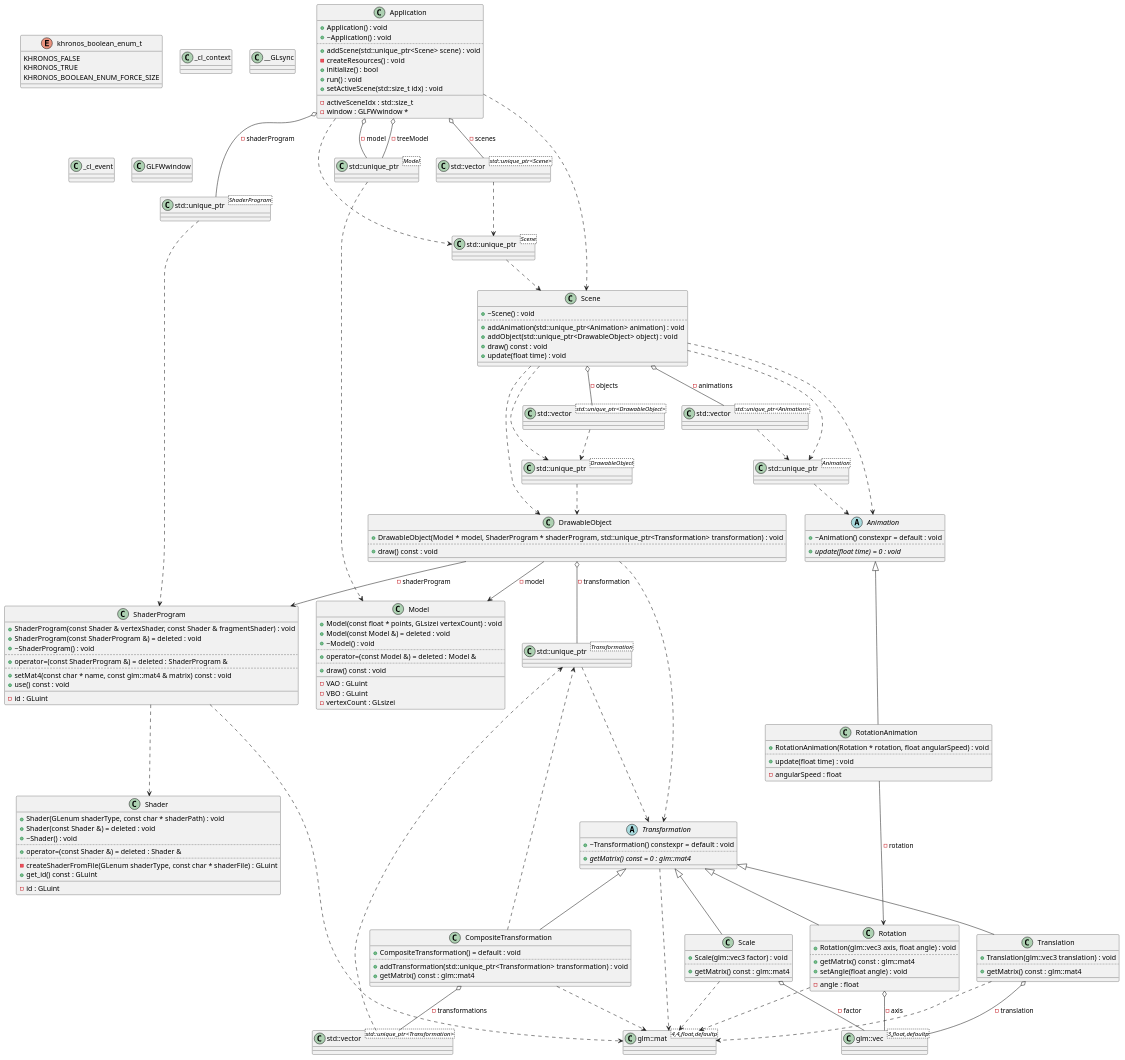
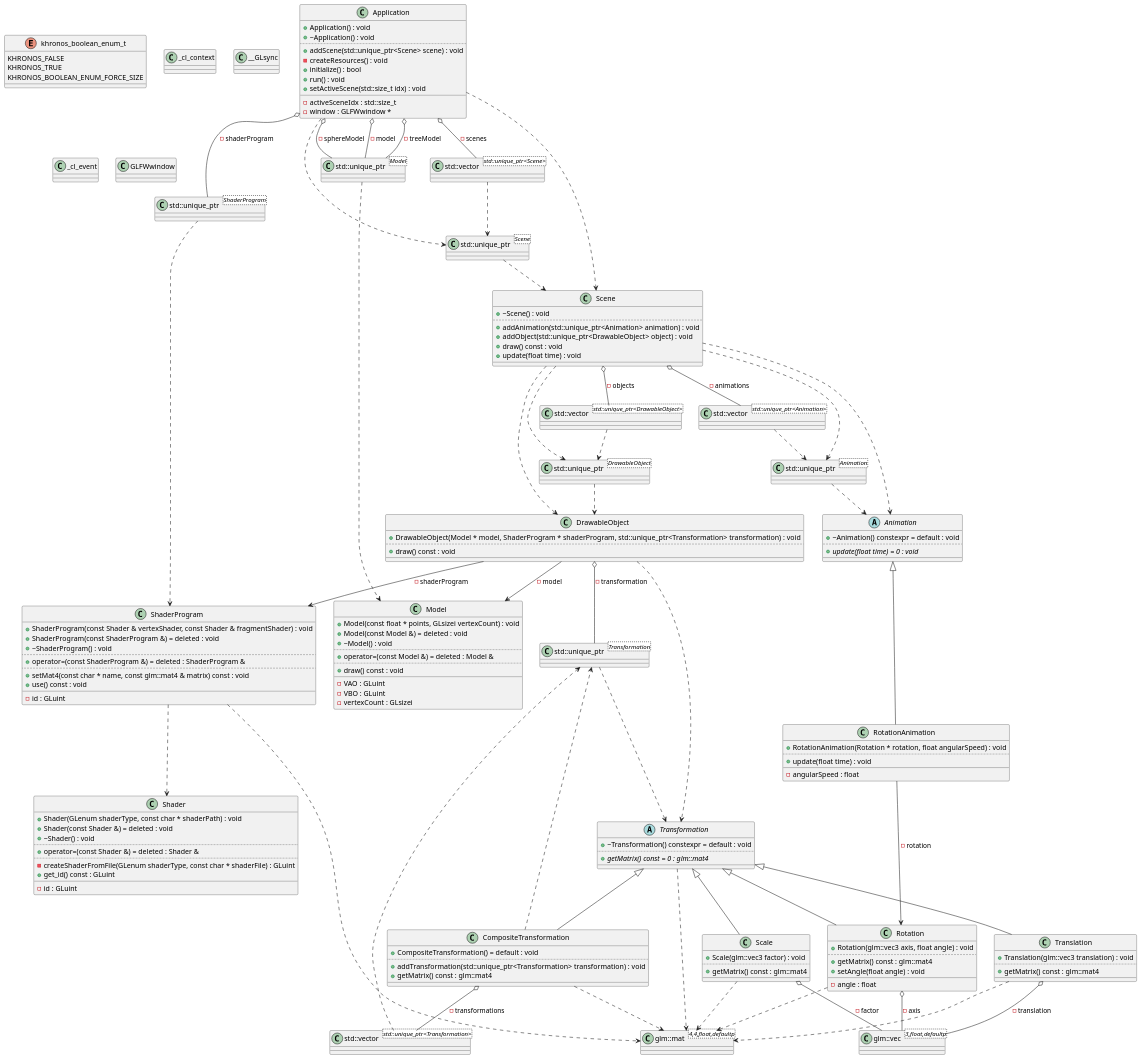
The diagram in project/diagrams/architecture.puml (prezmyl/ZPG-computer-graphics), drawn with PlantUML before and after one commit. The commit also changed 3 other files, not shown here.

```diff
--- a/project/diagrams/architecture.puml
+++ b/project/diagrams/architecture.puml
@@ -232,6 +232,7 @@
 C_0008808924239730370349 ..> C_0016177104474805726272
 C_0008808924239730370349 o-- C_0005429747195776422453 : -model
 C_0008808924239730370349 o-- C_0005429747195776422453 : -treeModel
+C_0008808924239730370349 o-- C_0005429747195776422453 : -sphereModel
 C_0008808924239730370349 o-- C_0002291808102789227029 : -shaderProgram
 C_0008808924239730370349 o-- C_0001345993189807237249 : -scenes
 C_0017401563024334194039 ..> C_0010357790864569679796
```
